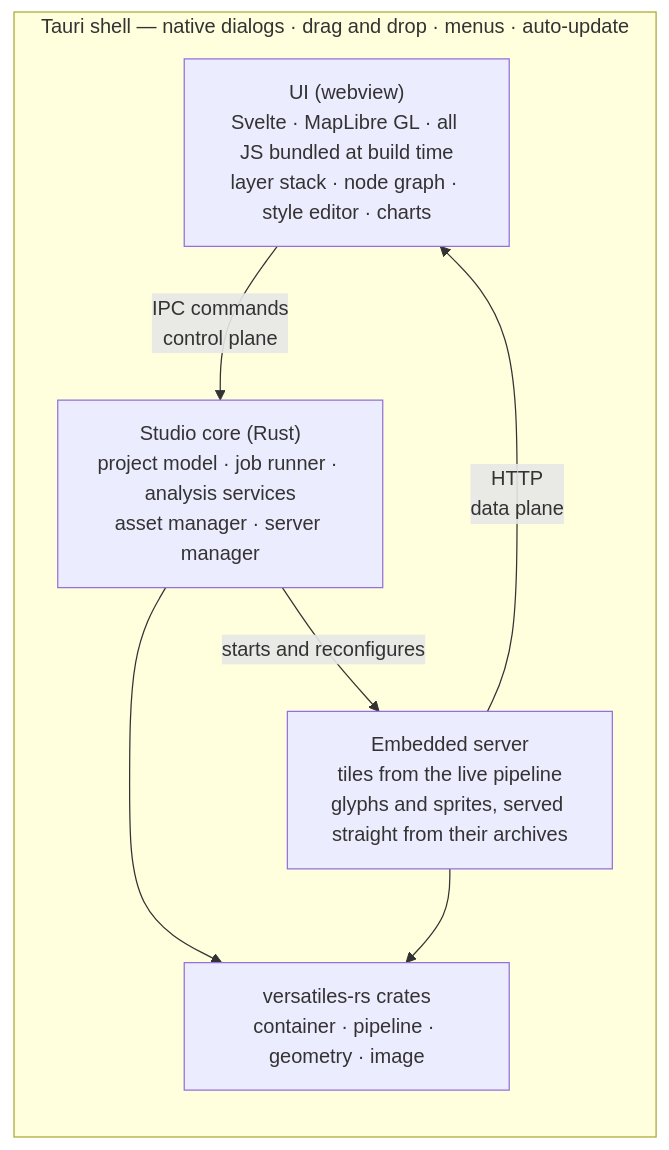
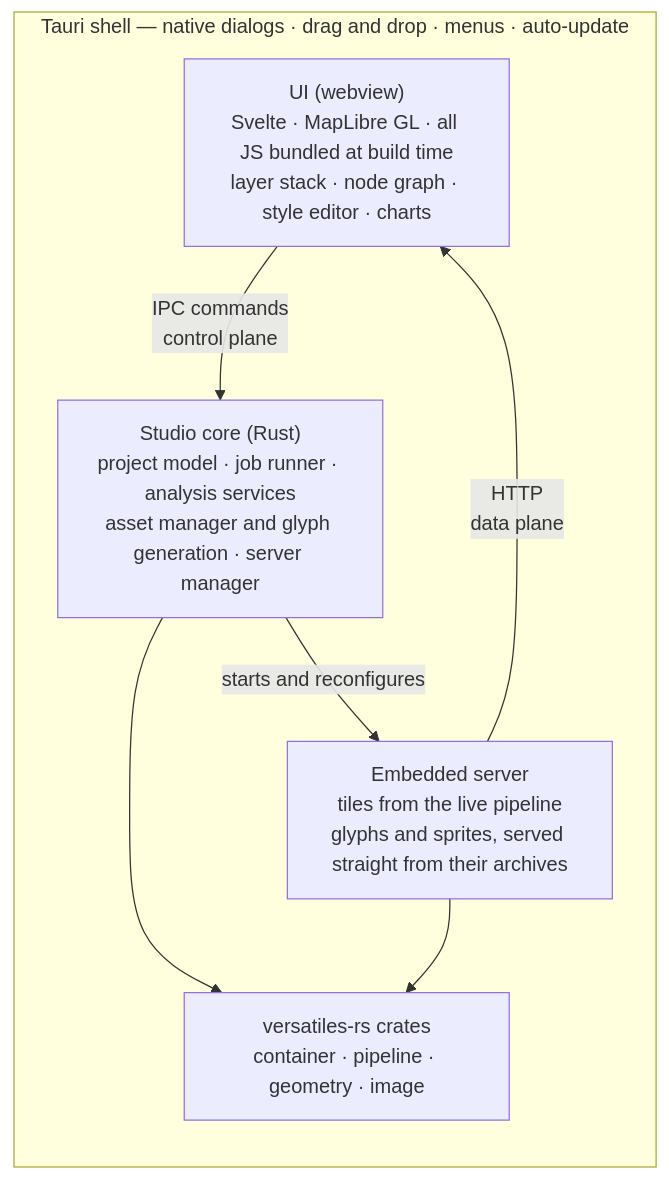
Before and after one commit to versatiles-org/versatiles-studio: the diagram in docs/architecture.md, drawn with Mermaid. The commit also changed other lines of this file and 5 other files, not shown here.

Commit message:
docs: enhance documentation with glyph generation details and audience needs

````diff
--- a/docs/architecture.md
+++ b/docs/architecture.md
@@ -7,15 +7,15 @@
 ```mermaid
 flowchart LR
   subgraph shell["Tauri shell — native dialogs · drag and drop · menus · auto-update"]
     ui["UI (webview)<br/>Svelte · MapLibre GL · all JS bundled at build time<br/>layer stack · node graph · style editor · charts"]
-    core["Studio core (Rust)<br/>project model · job runner · analysis services<br/>asset manager · server manager"]
+    core["Studio core (Rust)<br/>project model · job runner · analysis services<br/>asset manager and glyph generation · server manager"]
     server["Embedded server<br/>tiles from the live pipeline<br/>glyphs and sprites, served straight from their archives"]
     crates["versatiles-rs crates<br/>container · pipeline · geometry · image"]
   end
 
   ui -->|"IPC commands<br/>control plane"| core
   server -->|"HTTP<br/>data plane"| ui
   core -->|"starts and reconfigures"| server
   core --> crates
   server --> crates
 ```
````
